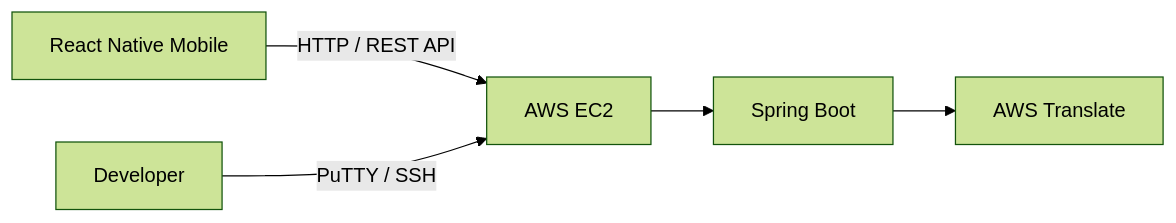
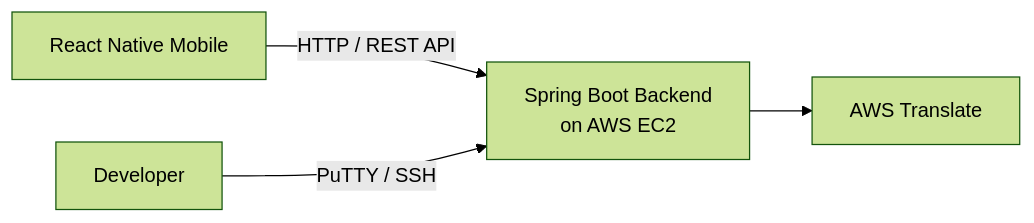
The third of 4 diagrams in README.md (minjuko/transmate), drawn with Mermaid (forest theme) before and after one commit. The commit also changed other lines of this file, not shown here.

````diff
--- a/README.md
+++ b/README.md
@@ -109,11 +109,10 @@
 ```mermaid
 flowchart LR
     M[React Native Mobile]
-    -->|HTTP / REST API| E[AWS EC2]
+    -->|HTTP / REST API| B[Spring Boot Backend<br/>on AWS EC2]
 
-    E --> B[Spring Boot]
     B --> T[AWS Translate]
 
     D[Developer]
-    -->|PuTTY / SSH| E
+    -->|PuTTY / SSH| B
 ```
````
